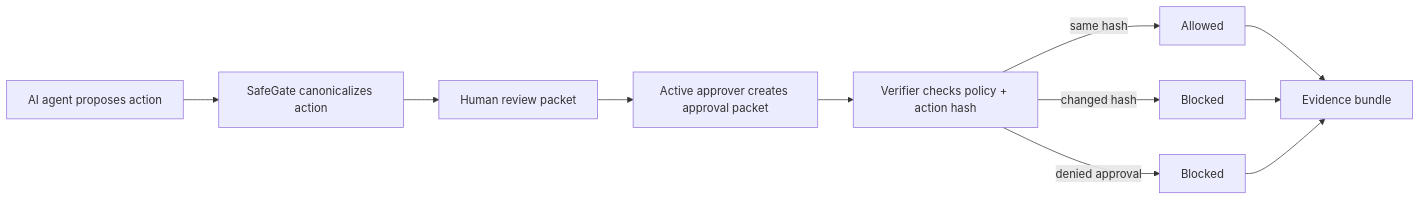
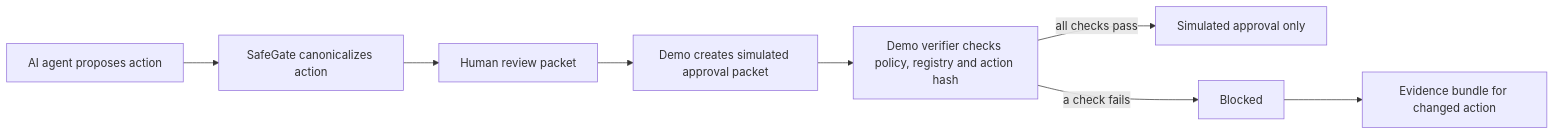
Before and after one commit to coreytshaffer/safegate-edge: the diagram in README.md, drawn with Mermaid. The commit also changed other lines of this file and 18 other files, not shown here.

````diff
--- a/README.md
+++ b/README.md
@@ -35,13 +33,10 @@
 ```mermaid
 flowchart LR
     A[AI agent proposes action] --> B[SafeGate canonicalizes action]
     B --> C[Human review packet]
-    C --> D[Active approver creates approval packet]
-    D --> E[Verifier checks policy + action hash]
-    E -->|same hash| F[Allowed]
-    E -->|changed hash| G[Blocked]
-    E -->|denied approval| H[Blocked]
-    F --> I[Evidence bundle]
-    G --> I
-    H --> I
+    C --> D[Demo creates simulated approval packet]
+    D --> E[Demo verifier checks policy, registry and action hash]
+    E -->|all checks pass| F[Simulated approval only]
+    E -->|a check fails| G[Blocked]
+    G --> I[Evidence bundle for changed action]
 ```
````
